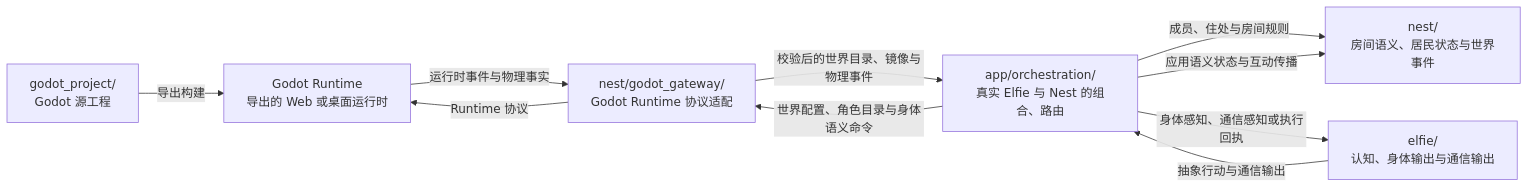
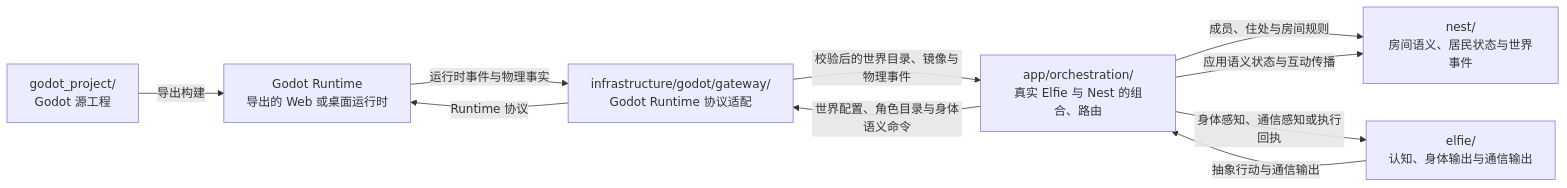
One commit to elfie-univ/ElfieNest changed the diagram in docs/zh/developer/architecture/index.md. Above: the diagram before and after it, drawn with Mermaid. The commit also changed other lines of this file and 40 other files, not shown here.

Commit message:
refactor(godot): move gateway transport to infrastructure

````diff
--- a/docs/zh/developer/architecture/index.md
+++ b/docs/zh/developer/architecture/index.md
@@ -60,19 +61,19 @@
 ```mermaid
 flowchart LR
     Source["godot_project/<br/>Godot 源工程"]
     Runtime["Godot Runtime<br/>导出的 Web 或桌面运行时"]
     Elfie["elfie/<br/>认知、身体输出与通信输出"]
     Orchestration["app/orchestration/<br/>真实 Elfie 与 Nest 的组合、路由"]
     Nest["nest/<br/>房间语义、居民状态与世界事件"]
-    Adapter["nest/godot_gateway/<br/>Godot Runtime 协议适配"]
+    Adapter["infrastructure/godot/gateway/<br/>Godot Runtime 协议适配"]
 
     Source -->|"导出构建"| Runtime
     Elfie -->|"抽象行动与通信输出"| Orchestration
     Orchestration -->|"成员、住处与房间规则"| Nest
     Orchestration -->|"世界配置、角色目录与身体语义命令"| Adapter
     Adapter -->|"Runtime 协议"| Runtime
     Runtime -->|"运行时事件与物理事实"| Adapter
     Adapter -->|"校验后的世界目录、镜像与物理事件"| Orchestration
     Orchestration -->|"应用语义状态与互动传播"| Nest
     Orchestration -->|"身体感知、通信感知或执行回执"| Elfie
 ```
````
